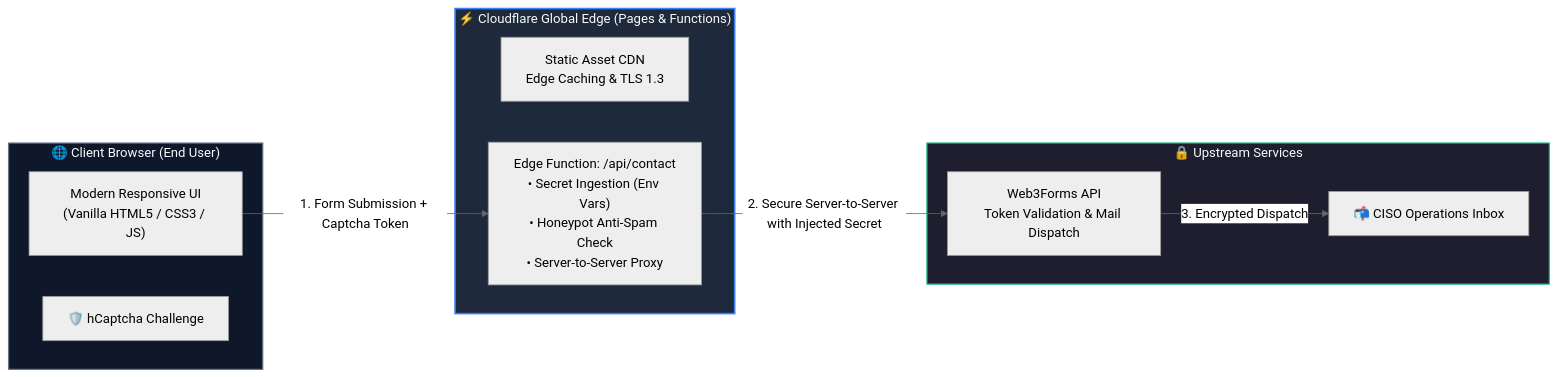
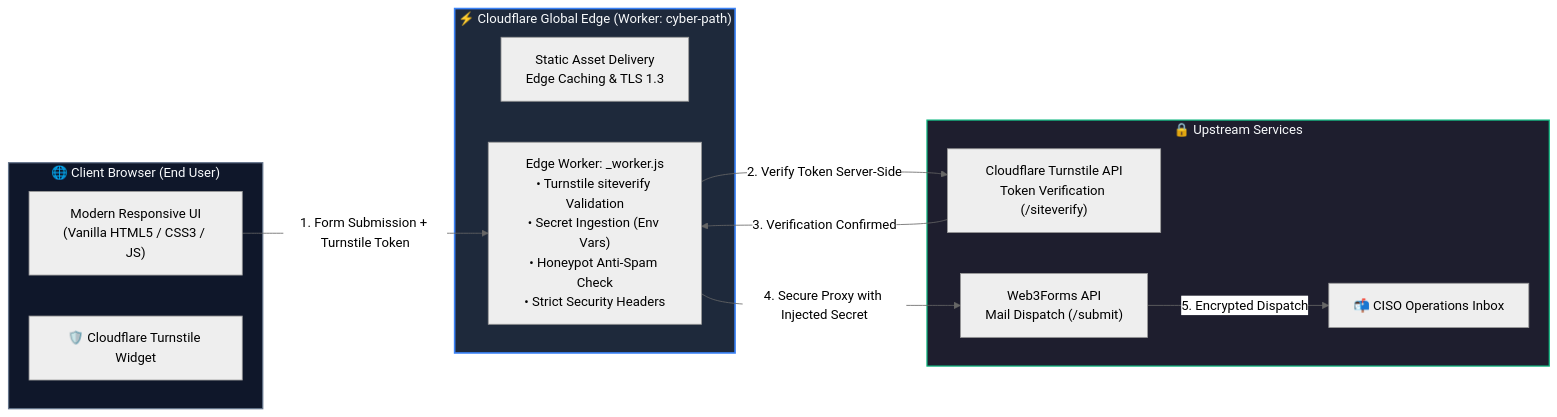
The diagram in README.md (shlomi-sharbet/CISO-AS-A-SERVICE-Website), drawn with Mermaid (neutral theme) before and after one commit. The commit also changed other lines of this file and 5 other files, not shown here.

````diff
--- a/README.md
+++ b/README.md
@@ -19,25 +19,28 @@
 ```mermaid
 flowchart LR
     subgraph Client["🌐 Client Browser (End User)"]
         UI["Modern Responsive UI<br/>(Vanilla HTML5 / CSS3 / JS)"]
-        HCaptcha["🛡️ hCaptcha Challenge"]
+        TurnstileWidget["🛡️ Cloudflare Turnstile Widget"]
     end
 
-    subgraph Edge["⚡ Cloudflare Global Edge (Pages & Functions)"]
-        CFStatic["Static Asset CDN<br/>Edge Caching & TLS 1.3"]
-        CFWorker["Edge Function: /api/contact<br/>• Secret Ingestion (Env Vars)<br/>• Honeypot Anti-Spam Check<br/>• Server-to-Server Proxy"]
+    subgraph Edge["⚡ Cloudflare Global Edge (Worker: cyber-path)"]
+        CFStatic["Static Asset Delivery<br/>Edge Caching & TLS 1.3"]
+        CFWorker["Edge Worker: _worker.js<br/>• Turnstile siteverify Validation<br/>• Secret Ingestion (Env Vars)<br/>• Honeypot Anti-Spam Check<br/>• Strict Security Headers"]
     end
 
     subgraph External["🔒 Upstream Services"]
-        MailService["Web3Forms API<br/>Token Validation & Mail Dispatch"]
+        CFTurnstileAPI["Cloudflare Turnstile API<br/>Token Verification (/siteverify)"]
+        MailService["Web3Forms API<br/>Mail Dispatch (/submit)"]
         CISOInbox["📬 CISO Operations Inbox"]
     end
 
-    UI -->|1. Form Submission + Captcha Token| CFWorker
-    CFWorker -->|2. Secure Server-to-Server with Injected Secret| MailService
-    MailService -->|3. Encrypted Dispatch| CISOInbox
+    UI -->|1. Form Submission + Turnstile Token| CFWorker
+    CFWorker -->|2. Verify Token Server-Side| CFTurnstileAPI
+    CFTurnstileAPI -->|3. Verification Confirmed| CFWorker
+    CFWorker -->|4. Secure Proxy with Injected Secret| MailService
+    MailService -->|5. Encrypted Dispatch| CISOInbox
 
     style Edge fill:#1e293b,stroke:#3b82f6,stroke-width:2px,color:#f8fafc
     style Client fill:#0f172a,stroke:#64748b,stroke-width:1.5px,color:#f8fafc
     style External fill:#1e1e2e,stroke:#10b981,stroke-width:1.5px,color:#f8fafc
 ```
````
